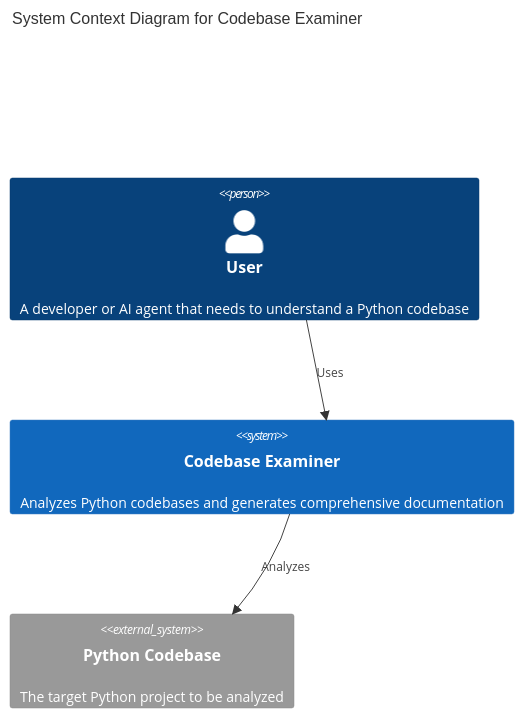
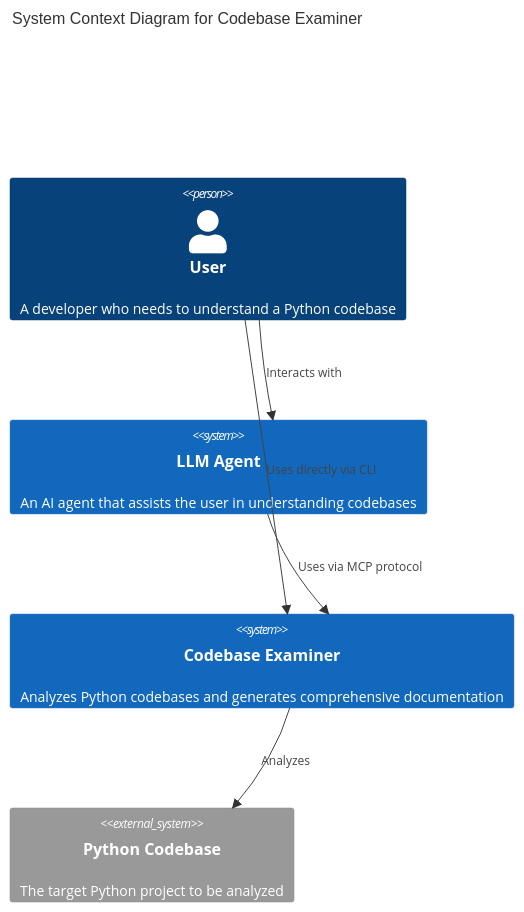
One commit to svetzal/codebase-examiner changed the first of 3 diagrams in README.md. Above: the diagram before and after it, drawn with Mermaid. The commit also changed other lines of this file, not shown here.

First line of the commit message:
Update C4 model diagrams in README.md

````diff
--- a/README.md
+++ b/README.md
@@ -13,11 +161,14 @@
 ```mermaid
 C4Context
   title System Context Diagram for Codebase Examiner
 
-  Person(user, "User", "A developer or AI agent that needs to understand a Python codebase")
+  Person(user, "User", "A developer who needs to understand a Python codebase")
+  System(llmAgent, "LLM Agent", "An AI agent that assists the user in understanding codebases")
   System(codebaseExaminer, "Codebase Examiner", "Analyzes Python codebases and generates comprehensive documentation")
   System_Ext(pythonCodebase, "Python Codebase", "The target Python project to be analyzed")
 
-  Rel(user, codebaseExaminer, "Uses")
+  Rel(user, codebaseExaminer, "Uses directly via CLI")
+  Rel(user, llmAgent, "Interacts with")
+  Rel(llmAgent, codebaseExaminer, "Uses via MCP protocol")
   Rel(codebaseExaminer, pythonCodebase, "Analyzes")
 ```
````
